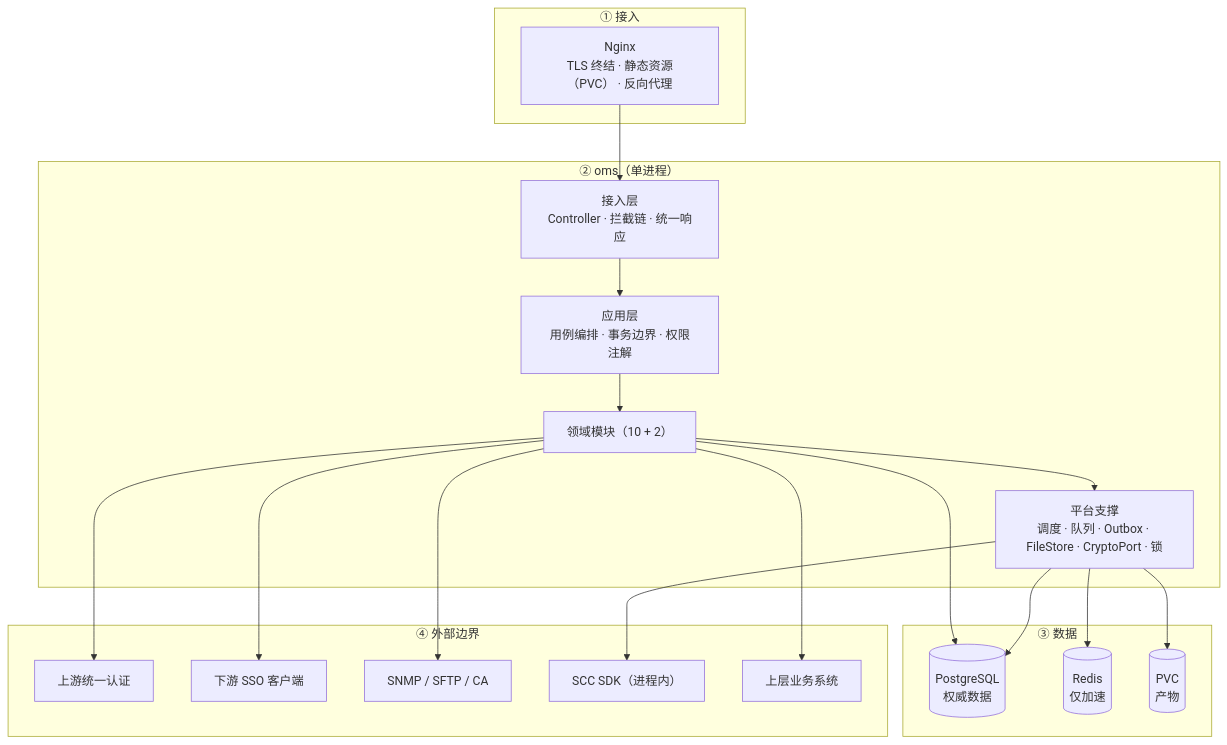
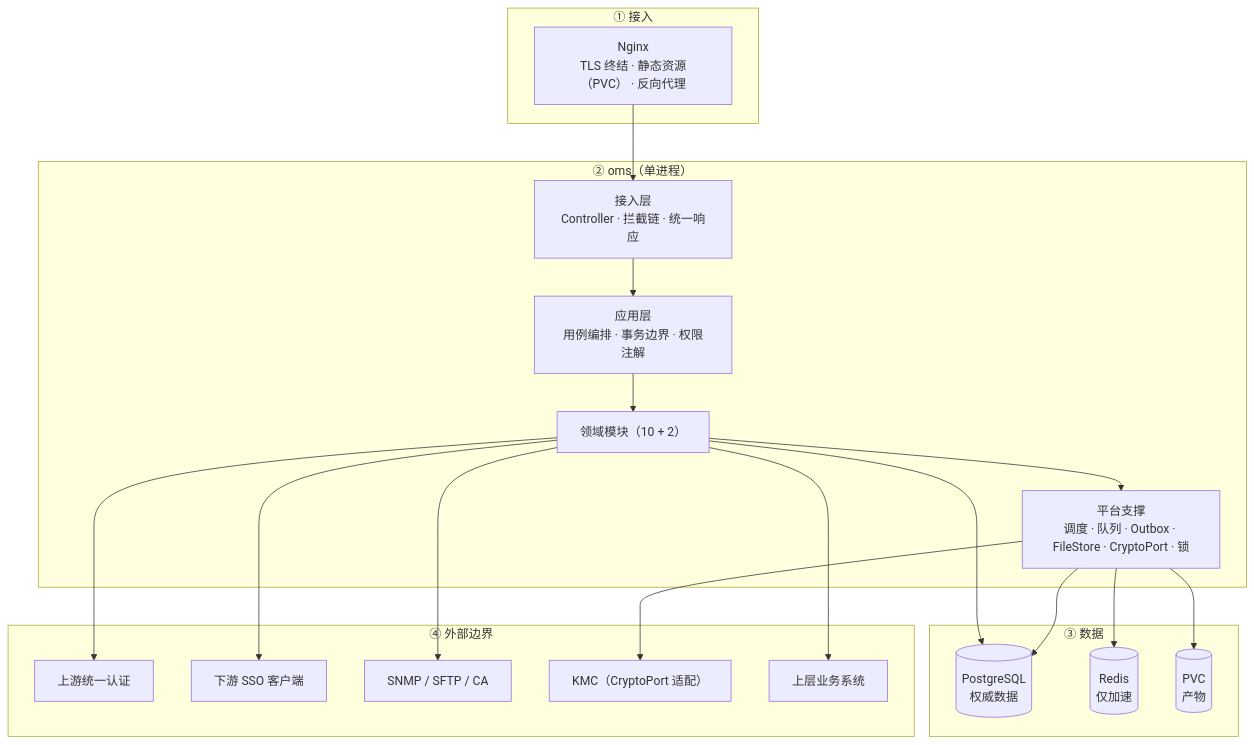
Before and after one commit to HaoruiSong622/OMS: the first of 15 diagrams in design/OMS-总体设计-精炼版.md, drawn with Mermaid. The commit also changed other lines of this file and 2 other files, not shown here.

````diff
--- a/design/OMS-总体设计-精炼版.md
+++ b/design/OMS-总体设计-精炼版.md
@@ -102,35 +102,35 @@
 ```mermaid
 flowchart TB
   subgraph EDGE["① 接入"]
     NG["Nginx<br/>TLS 终结 · 静态资源（PVC） · 反向代理"]
   end
   subgraph APP["② oms（单进程）"]
     L1["接入层<br/>Controller · 拦截链 · 统一响应"]
     L2["应用层<br/>用例编排 · 事务边界 · 权限注解"]
     L3["领域模块（10 + 2）"]
     L4["平台支撑<br/>调度 · 队列 · Outbox · FileStore · CryptoPort · 锁"]
     L1 --> L2 --> L3 --> L4
   end
   subgraph DATA["③ 数据"]
     PG[("PostgreSQL<br/>权威数据")]
     RD[("Redis<br/>仅加速")]
     PV[("PVC<br/>产物")]
   end
   subgraph EXT["④ 外部边界"]
     E1["上游统一认证"]
     E2["下游 SSO 客户端"]
     E3["SNMP / SFTP / CA"]
-    E4["SCC SDK（进程内）"]
+    E4["KMC（CryptoPort 适配）"]
     E5["上层业务系统"]
   end
   NG --> L1
   L3 --> PG
   L4 --> PG
   L4 --> RD
   L4 --> PV
   L3 --> E1
   L3 --> E2
   L3 --> E3
   L3 --> E5
   L4 --> E4
 ```
````
